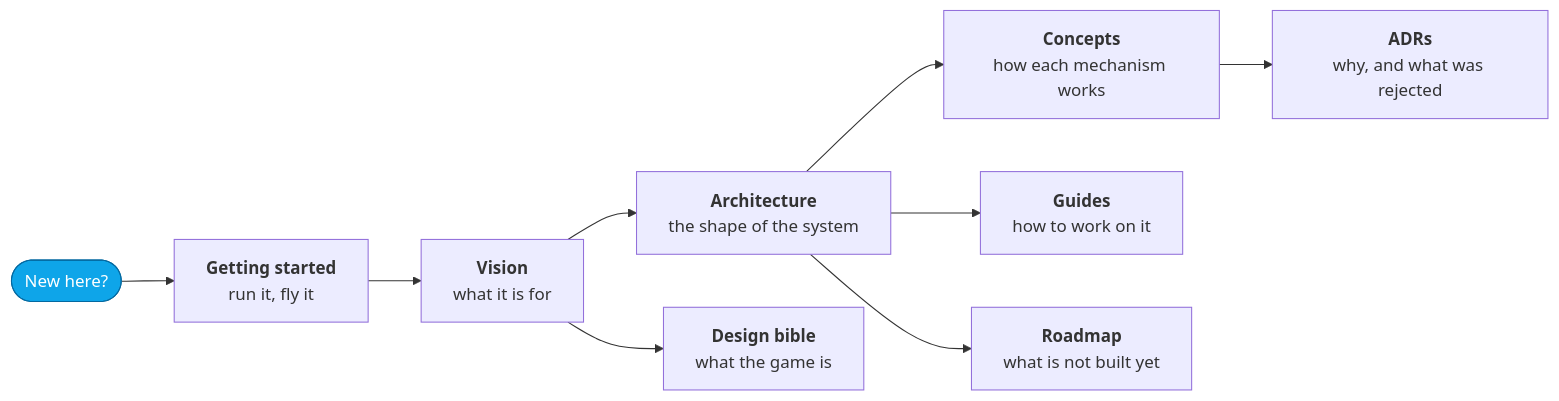
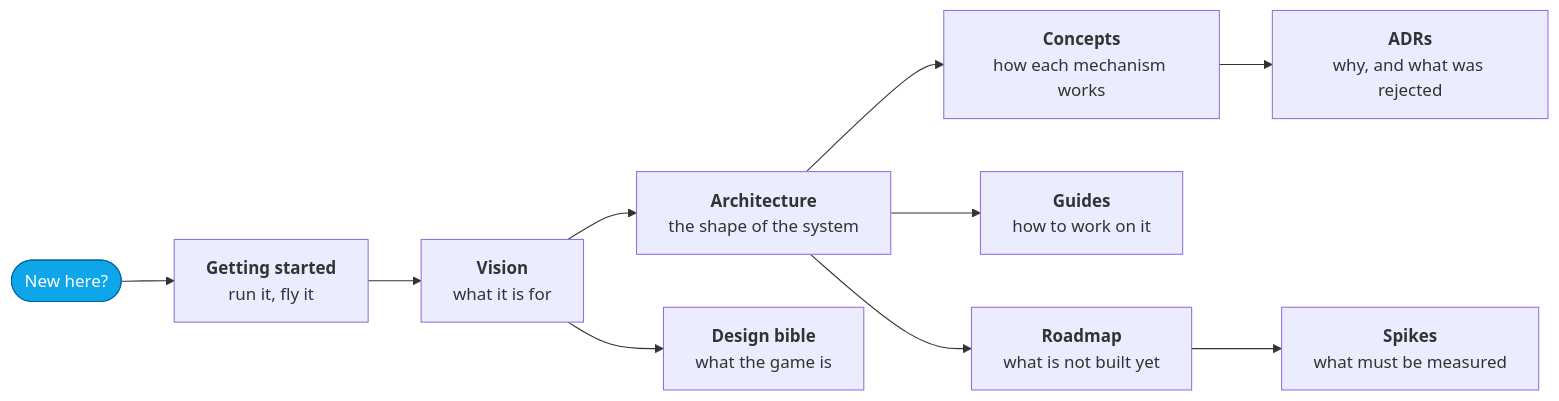
The first of 2 diagrams in docs/README.md (jonjaques/inertialref), drawn with Mermaid before and after one commit. The commit also changed other lines of this file and 7 other files, not shown here.

````diff
--- a/docs/README.md
+++ b/docs/README.md
@@ -10,14 +10,15 @@
 ```mermaid
 flowchart LR
     START([New here?]) --> GS["<b>Getting started</b><br/>run it, fly it"]
     GS --> VIS["<b>Vision</b><br/>what it is for"]
     VIS --> ARCH["<b>Architecture</b><br/>the shape of the system"]
     ARCH --> CONCEPTS["<b>Concepts</b><br/>how each mechanism works"]
     CONCEPTS --> ADR["<b>ADRs</b><br/>why, and what was rejected"]
     ARCH --> GUIDES["<b>Guides</b><br/>how to work on it"]
     ARCH --> ROADMAP["<b>Roadmap</b><br/>what is not built yet"]
+    ROADMAP --> SPIKES["<b>Spikes</b><br/>what must be measured"]
     VIS --> DESIGN["<b>Design bible</b><br/>what the game is"]
 
     classDef entry fill:#0ea5e9,stroke:#0369a1,color:#fff
     class START entry
 ```
````
